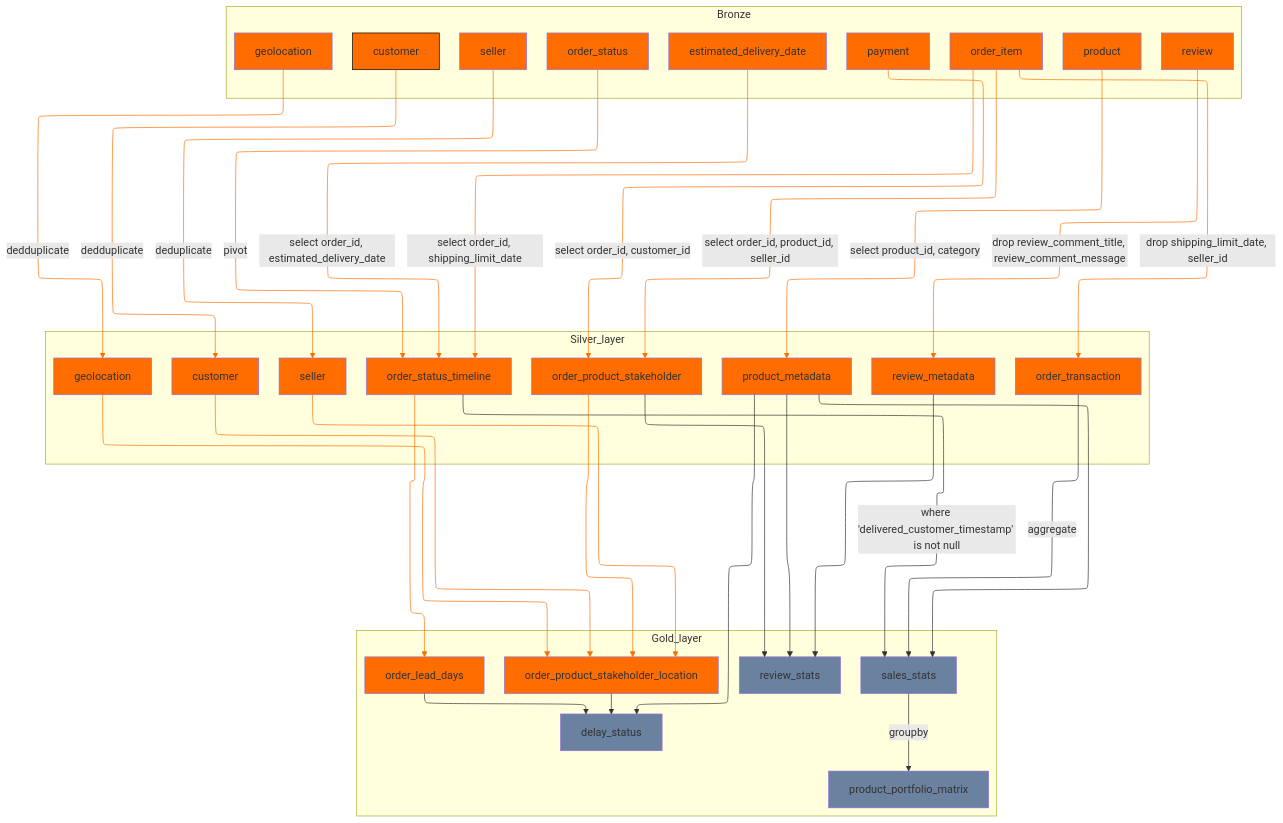
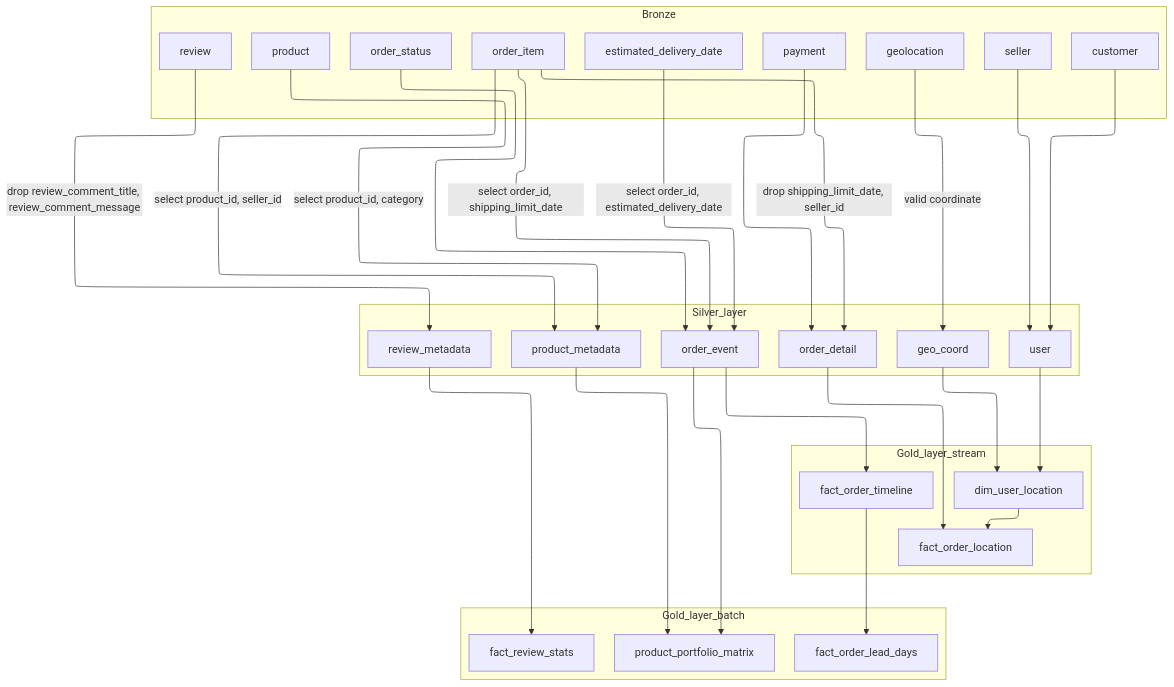
One commit to jmhwang-dev/e-commerce changed the diagram in docs/pipeline.mmd. Above: the diagram before and after it, drawn with Mermaid.

Commit message:
fix(doc): modify pipeline

```diff
--- a/docs/pipeline.mmd
+++ b/docs/pipeline.mmd
@@ -1,96 +1,53 @@
 ---
 config:
   layout: elk
 ---
 flowchart TD
  subgraph Kafka_Topics["Bronze"]
         order_status["order_status"]
         order_item["order_item"]
         estimated_delivery_date["estimated_delivery_date"]
         product["product"]
         payment["payment"]
-        customer_bronze["customer"]
-        seller_bronze["seller"]
-        geolocation_bronze["geolocation"]
+        customer["customer"]
+        seller["seller"]
+        geolocation["geolocation"]
         review["review"]
   end
  subgraph Silver_layer["Silver_layer"]
-        order_status_timeline["order_status_timeline"]
-        order_transaction["order_transaction"]
+        order_event["order_event"]
+        order_detail["order_detail"]
         product_metadata["product_metadata"]
-        order_product_stakeholder["order_product_stakeholder"]
-        customer_silver["customer"]
-        seller_silver["seller"]
+        user["user"]
+        geo_coord["geo_coord"]
         review_metadata["review_metadata"]
-        geolocation_silver["geolocation"]
   end
- subgraph Gold_layer["Gold_layer"]
-        sales_stats["sales_stats"]
+ subgraph Gold_layer_stream["Gold_layer_stream"]
+        fact_order_timeline["fact_order_timeline"]
+        fact_order_location["fact_order_location"]
+        dim_user_location["dim_user_location"]
+  end
+ subgraph Gold_layer_batch["Gold_layer_batch"]
         product_portfolio_matrix["product_portfolio_matrix"]
-        order_product_stakeholder_location["order_product_stakeholder_location"]
-        order_lead_days["order_lead_days"]
-        delay_status["delay_status"]
-        review_stats["review_stats"]
+        fact_order_lead_days["fact_order_lead_days"]
+        fact_review_stats["fact_review_stats"]
   end
-    order_status -- pivot --> order_status_timeline
-    order_item -- drop shipping_limit_date, seller_id --> order_transaction
-    order_item -- select order_id, shipping_limit_date --> order_status_timeline
-    estimated_delivery_date -- select order_id, estimated_delivery_date --> order_status_timeline
-    order_item -- select order_id, product_id, seller_id --> order_product_stakeholder
+    order_status --> order_event
+    order_item -- drop shipping_limit_date, seller_id --> order_detail
+    order_item -- select order_id, shipping_limit_date --> order_event
+    estimated_delivery_date -- select order_id, estimated_delivery_date --> order_event
     product -- select product_id, category --> product_metadata
-    geolocation_bronze -- dedduplicate --> geolocation_silver
-    payment -- select order_id, customer_id --> order_product_stakeholder
-    customer_bronze -- dedduplicate --> customer_silver
     review -- drop review_comment_title, review_comment_message --> review_metadata
-    order_transaction -- aggregate --> sales_stats
-    product_metadata --> sales_stats & review_stats & delay_status
-    sales_stats -- groupby --> product_portfolio_matrix
-    order_product_stakeholder_location --> delay_status
-    review_metadata --> review_stats
-    order_status_timeline --> order_lead_days
-    order_status_timeline -- where 'delivered_customer_timestamp' is not null --> sales_stats
-    order_lead_days --> delay_status
-    order_product_stakeholder --> order_product_stakeholder_location & review_stats
-    seller_bronze -- deduplicate --> seller_silver
-    seller_silver --> order_product_stakeholder_location
-    geolocation_silver --> order_product_stakeholder_location
-    customer_silver --> order_product_stakeholder_location
-    style order_status fill:#FF6D00
-    style order_item fill:#FF6D00
-    style estimated_delivery_date fill:#FF6D00
-    style product fill:#FF6D00
-    style payment fill:#FF6D00
-    style customer_bronze stroke:#000000,fill:#FF6D00
-    style seller_bronze fill:#FF6D00
-    style geolocation_bronze fill:#FF6D00
-    style review fill:#FF6D00
-    style order_status_timeline fill:#FF6D00
-    style order_transaction fill:#FF6D00
-    style product_metadata fill:#FF6D00
-    style order_product_stakeholder fill:#FF6D00
-    style customer_silver fill:#FF6D00
-    style seller_silver fill:#FF6D00
-    style review_metadata fill:#FF6D00
-    style geolocation_silver fill:#FF6D00
-    style sales_stats fill:#6A829F
-    style product_portfolio_matrix fill:#6A829F
-    style order_product_stakeholder_location fill:#FF6D00
-    style order_lead_days fill:#FF6D00
-    style delay_status fill:#6A829F
-    style review_stats fill:#6A829F
-    linkStyle 0 stroke:#FF6D00,fill:none
-    linkStyle 1 stroke:#FF6D00,fill:none
-    linkStyle 2 stroke:#FF6D00,fill:none
-    linkStyle 3 stroke:#FF6D00,fill:none
-    linkStyle 4 stroke:#FF6D00,fill:none
-    linkStyle 5 stroke:#FF6D00,fill:none
-    linkStyle 6 stroke:#FF6D00,fill:none
-    linkStyle 7 stroke:#FF6D00,fill:none
-    linkStyle 8 stroke:#FF6D00,fill:none
-    linkStyle 9 stroke:#FF6D00,fill:none
-    linkStyle 17 stroke:#FF6D00,fill:none
-    linkStyle 20 stroke:#FF6D00,fill:none
-    linkStyle 22 stroke:#FF6D00,fill:none
-    linkStyle 23 stroke:#FF6D00,fill:none
-    linkStyle 24 stroke:#FF6D00,fill:none
-    linkStyle 25 stroke:#FF6D00,fill:none
+    review_metadata --> fact_review_stats
+    order_event --> product_portfolio_matrix & fact_order_timeline
+    order_item -- select product_id, seller_id --> product_metadata
+    payment --> order_detail
+    product_metadata --> product_portfolio_matrix
+    order_detail --> fact_order_location
+    fact_order_timeline --> fact_order_lead_days
+    user --> dim_user_location
+    geo_coord --> dim_user_location
+    seller --> user
+    customer --> user
+    geolocation -- valid coordinate --> geo_coord
+    dim_user_location --> fact_order_location
```
